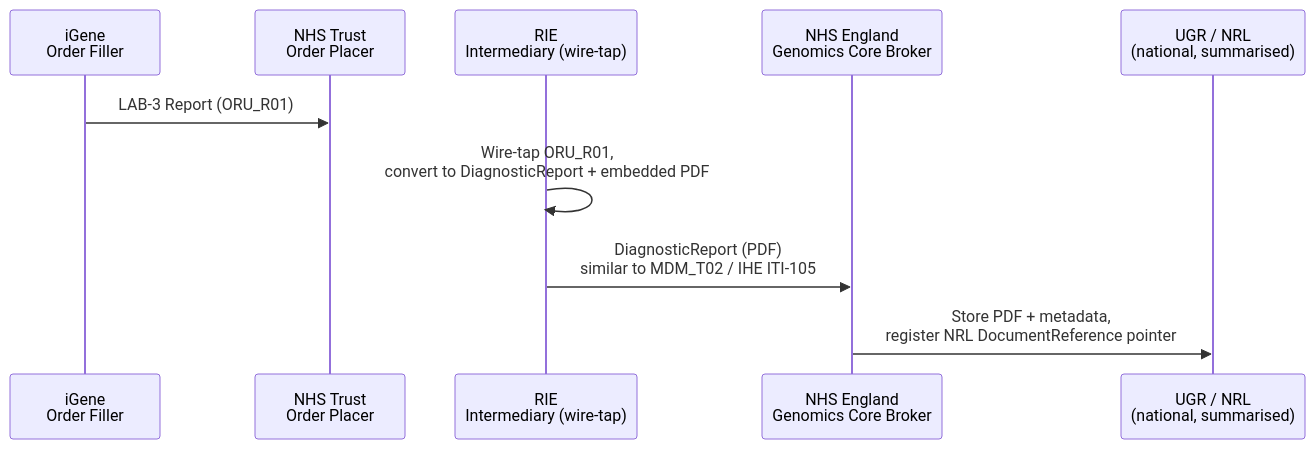
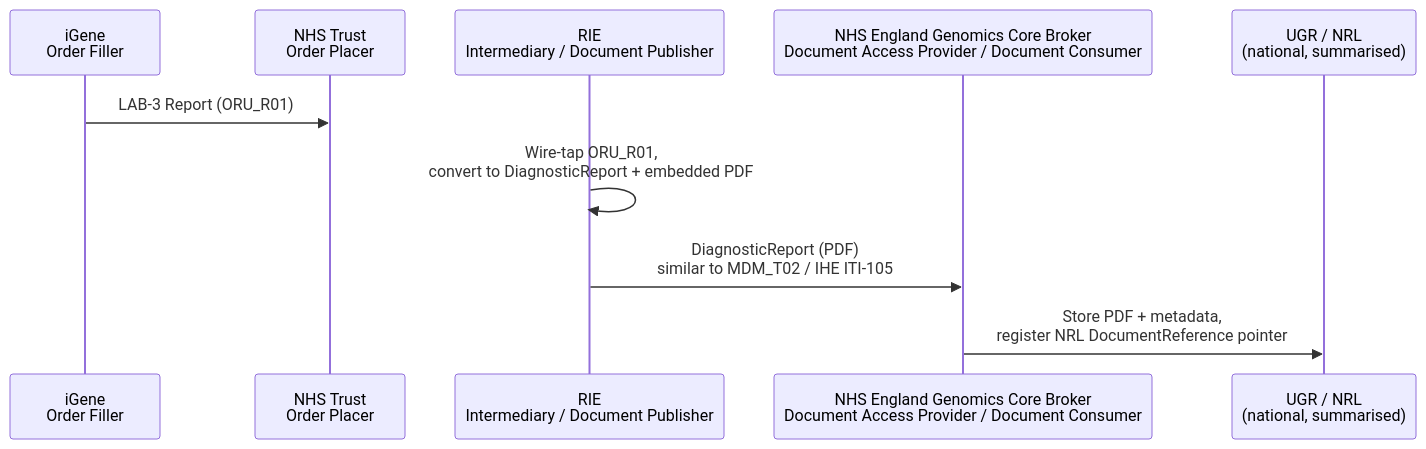
Before and after one commit to nw-gmsa/nw-gmsa.github.com: the second of 3 diagrams in input/pagecontent/ctDNAUGR.md, drawn with Mermaid. The commit also changed other lines of this file and 11 other files, not shown here.

````diff
--- a/input/pagecontent/ctDNAUGR.md
+++ b/input/pagecontent/ctDNAUGR.md
@@ -79,13 +79,13 @@
 ```mermaid
 sequenceDiagram
     participant iGene as iGene<br/>Order Filler
     participant Trust as NHS Trust<br/>Order Placer
-    participant RIE as RIE<br/>Intermediary (wire-tap)
-    participant Broker as NHS England<br/>Genomics Core Broker
+    participant RIE as RIE<br/>Intermediary / Document Publisher
+    participant Broker as NHS England Genomics Core Broker<br/>Document Access Provider / Document Consumer
     participant UGR as UGR / NRL<br/>(national, summarised)
 
     iGene ->> Trust: LAB-3 Report (ORU_R01)
     RIE ->> RIE: Wire-tap ORU_R01,<br/>convert to DiagnosticReport + embedded PDF
     RIE ->> Broker: DiagnosticReport (PDF)<br/>similar to MDM_T02 / IHE ITI-105
     Broker ->> UGR: Store PDF + metadata,<br/>register NRL DocumentReference pointer
 ```
````
